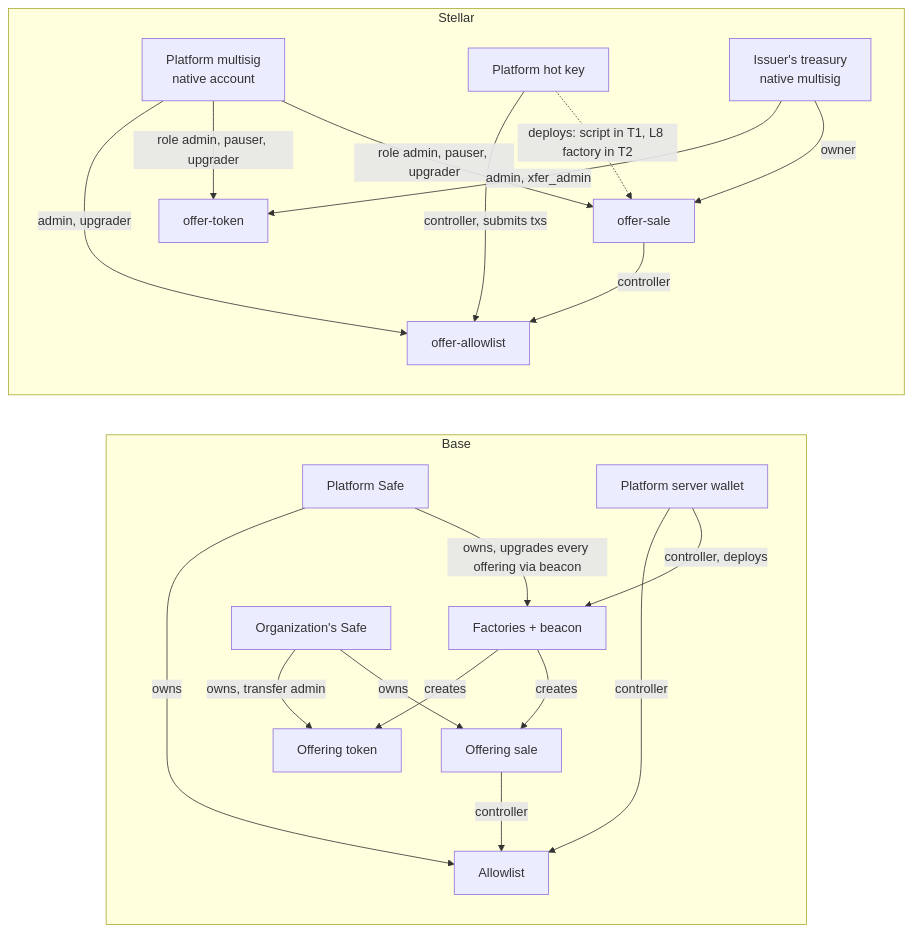
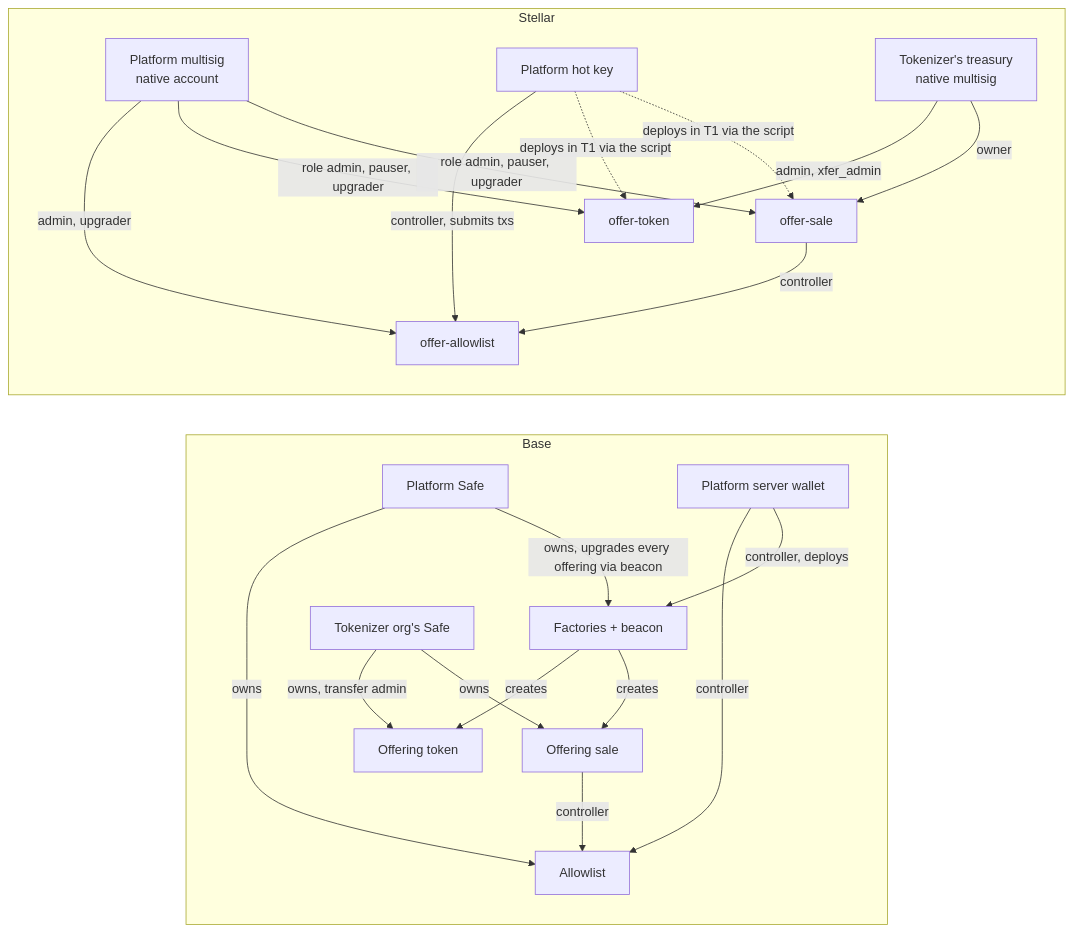
One commit to BWB-Labs/bwb-stellar changed the second of 2 diagrams in docs/interface.md. Above: the diagram before and after it, drawn with Mermaid. The commit also changed other lines of this file and 3 other files, not shown here.

````diff
--- a/docs/interface.md
+++ b/docs/interface.md
@@ -157,39 +160,40 @@
 ```mermaid
 flowchart LR
   subgraph Base
     direction TB
     PS[Platform Safe]
     PW[Platform server wallet]
-    OS[Organization's Safe]
+    OS[Tokenizer org's Safe]
     BAL[Allowlist]
     BF[Factories + beacon]
     BT[Offering token]
     BS[Offering sale]
     PS -->|owns| BAL
     PS -->|owns, upgrades every offering via beacon| BF
     PW -->|controller| BAL
     PW -->|controller, deploys| BF
     BF -->|creates| BT
     BF -->|creates| BS
     OS -->|owns, transfer admin| BT
     OS -->|owns| BS
     BS -->|controller| BAL
   end
   subgraph Stellar
     direction TB
     PM[Platform multisig<br/>native account]
     HK[Platform hot key]
-    IT[Issuer's treasury<br/>native multisig]
+    IT[Tokenizer's treasury<br/>native multisig]
     SAL[offer-allowlist]
     ST[offer-token]
     SS[offer-sale]
     PM -->|admin, upgrader| SAL
     PM -->|role admin, pauser, upgrader| ST
     PM -->|role admin, pauser, upgrader| SS
     HK -->|controller, submits txs| SAL
-    HK -.->|deploys: script in T1, L8 factory in T2| SS
+    HK -.->|deploys in T1 via the script| ST
+    HK -.->|deploys in T1 via the script| SS
     IT -->|admin, xfer_admin| ST
     IT -->|owner| SS
     SS -->|controller| SAL
   end
 ```
````
